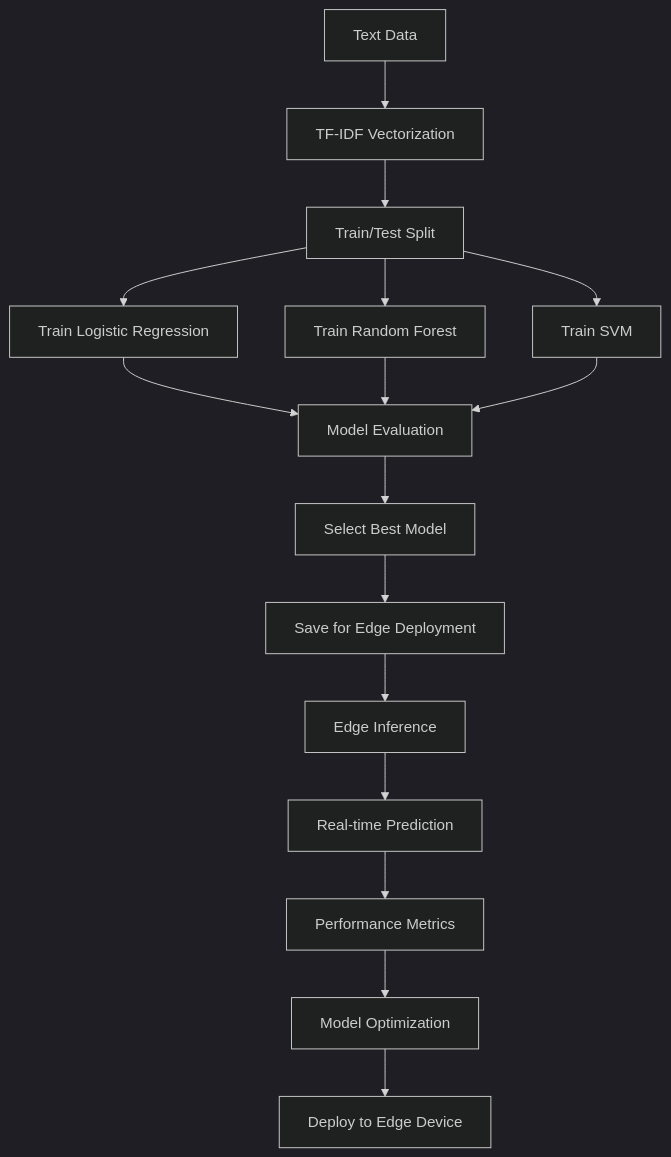
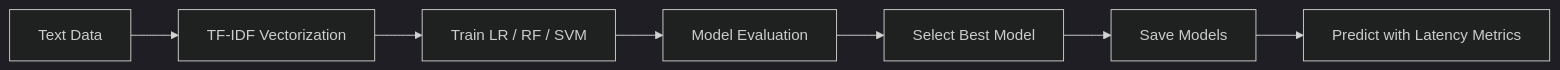
The diagram in README.md (juangedaan/edge-ai-inference-pipeline), drawn with Mermaid (dark theme) before and after one commit.

Commit message:
Trim README diagram to actual pipeline stages, use flowchart LR

````diff
--- a/README.md
+++ b/README.md
@@ -5,23 +5,9 @@
 ```mermaid
-flowchart TD
+flowchart LR
     Data[Text Data] --> Preprocess[TF-IDF Vectorization]
-    Preprocess --> Split[Train/Test Split]
-
-    Split --> TrainLR[Train Logistic Regression]
-    Split --> TrainRF[Train Random Forest]
-    Split --> TrainSVM[Train SVM]
-
-    TrainLR --> Evaluate[Model Evaluation]
-    TrainRF --> Evaluate
-    TrainSVM --> Evaluate
-
+    Preprocess --> Train[Train LR / RF / SVM]
+    Train --> Evaluate[Model Evaluation]
     Evaluate --> SelectBest[Select Best Model]
-    SelectBest --> SaveModel[Save for Edge Deployment]
-
-    SaveModel --> Inference[Edge Inference]
-    Inference --> Predict[Real-time Prediction]
-    Predict --> Metrics[Performance Metrics]
-
-    Metrics --> Optimize[Model Optimization]
-    Optimize --> Deploy[Deploy to Edge Device]
+    SelectBest --> SaveModel[Save Models]
+    SaveModel --> Predict[Predict with Latency Metrics]
 ```
````
